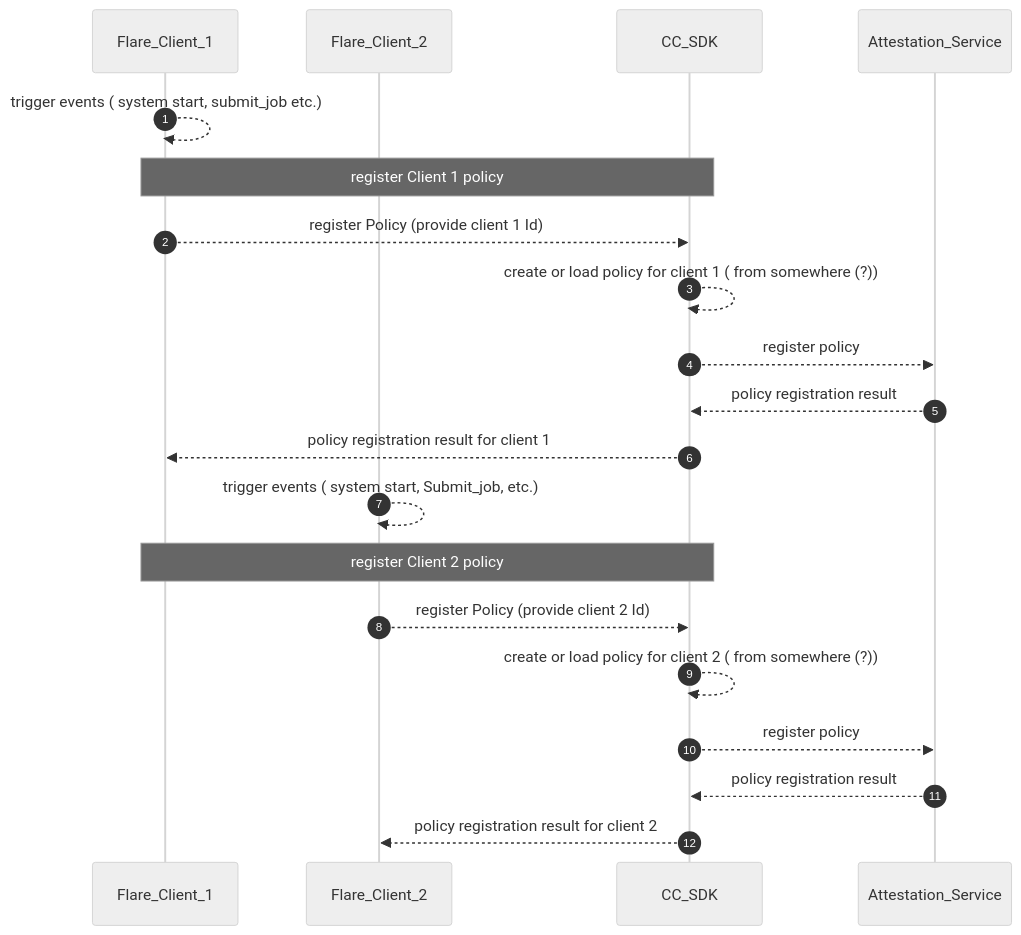
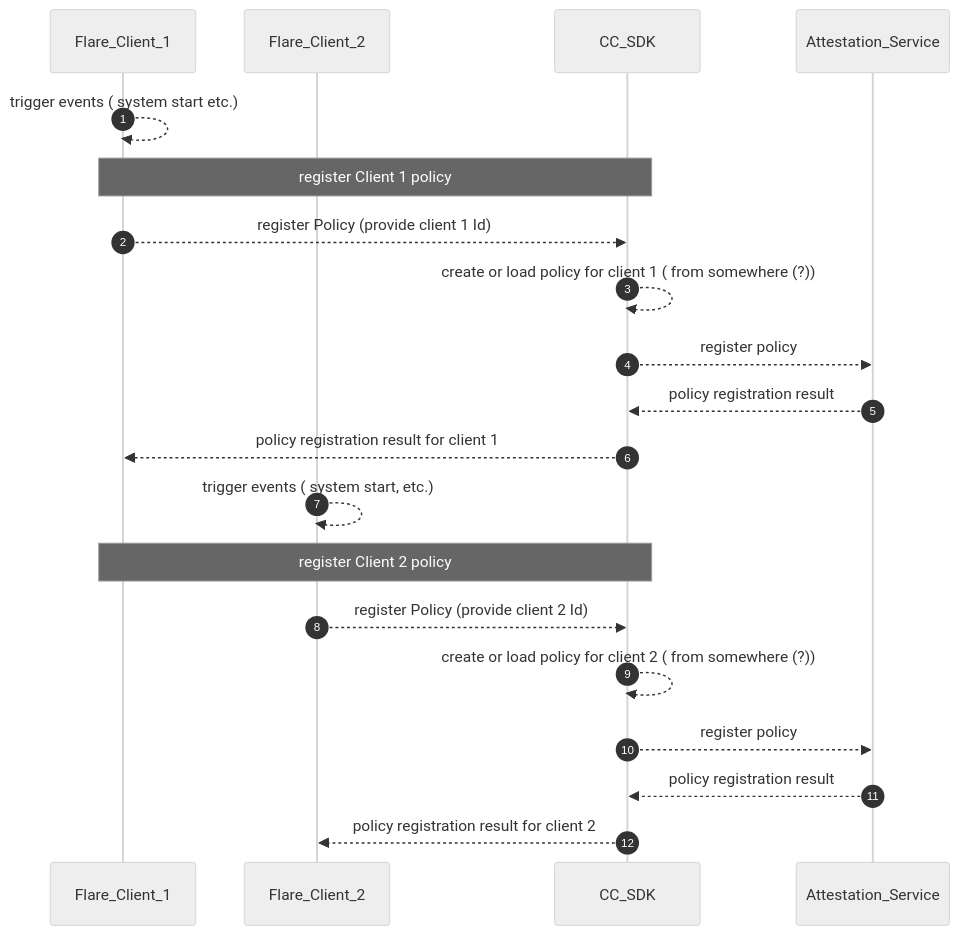
The first of 5 diagrams in docs/confidential_computing/detailed_cc_sequence_diagram.md (hitesh-ag1/NVFlare), drawn with Mermaid (neutral theme) before and after one commit. The commit also changed other lines of this file, not shown here.

Commit message:
Sequence diagram for CC

````diff
--- a/docs/confidential_computing/detailed_cc_sequence_diagram.md
+++ b/docs/confidential_computing/detailed_cc_sequence_diagram.md
@@ -14,26 +14,26 @@
 ```mermaid
 sequenceDiagram
    autonumber
     participant Flare_Client_1
     participant Flare_Client_2
     participant CC_SDK
     participant Attestation_Service
 
-    Flare_Client_1 -->> Flare_Client_1: trigger events ( system start, submit_job etc.)
+    Flare_Client_1 -->> Flare_Client_1: trigger events ( system start etc.)
     Note over Flare_Client_1, CC_SDK: register Client 1 policy 
     Flare_Client_1 -->> CC_SDK: register Policy (provide client 1 Id) 
     CC_SDK -->> CC_SDK: create or load policy for client 1  ( from somewhere (?))
     CC_SDK -->> Attestation_Service: register policy
     Attestation_Service -->> CC_SDK: policy registration result
     CC_SDK -->> Flare_Client_1: policy registration result for client 1
     
 
-    Flare_Client_2 -->> Flare_Client_2: trigger events ( system start, Submit_job, etc.)
+    Flare_Client_2 -->> Flare_Client_2: trigger events ( system start, etc.)
     Note over Flare_Client_1, CC_SDK: register Client 2 policy
     Flare_Client_2 -->> CC_SDK: register Policy (provide client 2 Id)
     CC_SDK -->> CC_SDK: create or load policy for client 2  ( from somewhere (?))
     CC_SDK -->> Attestation_Service: register policy
     Attestation_Service -->> CC_SDK: policy registration result
     CC_SDK -->> Flare_Client_2: policy registration result for client 2
      
 ```
````
